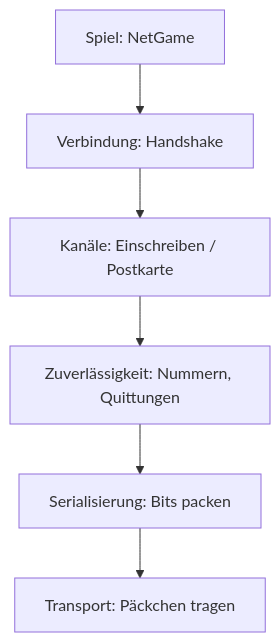
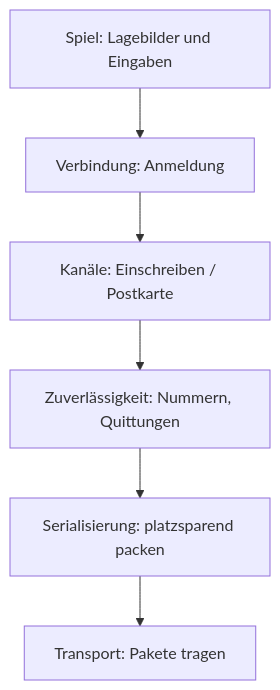
The diagram in kern/docs/buch-gruen/10-netzwerk.md (ChristianHohlfeld/kernengine.de), drawn with Mermaid before and after one commit. The commit also changed other lines of this file and 22 other files, not shown here.

````diff
--- a/kern/docs/buch-gruen/10-netzwerk.md
+++ b/kern/docs/buch-gruen/10-netzwerk.md
@@ -27,8 +44,8 @@
 ```mermaid
 flowchart TB
-  S[Spiel: NetGame] --> V[Verbindung: Handshake]
+  S[Spiel: Lagebilder und Eingaben] --> V[Verbindung: Anmeldung]
   V --> K[Kanäle: Einschreiben / Postkarte]
   K --> Z[Zuverlässigkeit: Nummern, Quittungen]
-  Z --> SE[Serialisierung: Bits packen]
-  SE --> T[Transport: Päckchen tragen]
+  Z --> SE[Serialisierung: platzsparend packen]
+  SE --> T[Transport: Pakete tragen]
 ```
````
